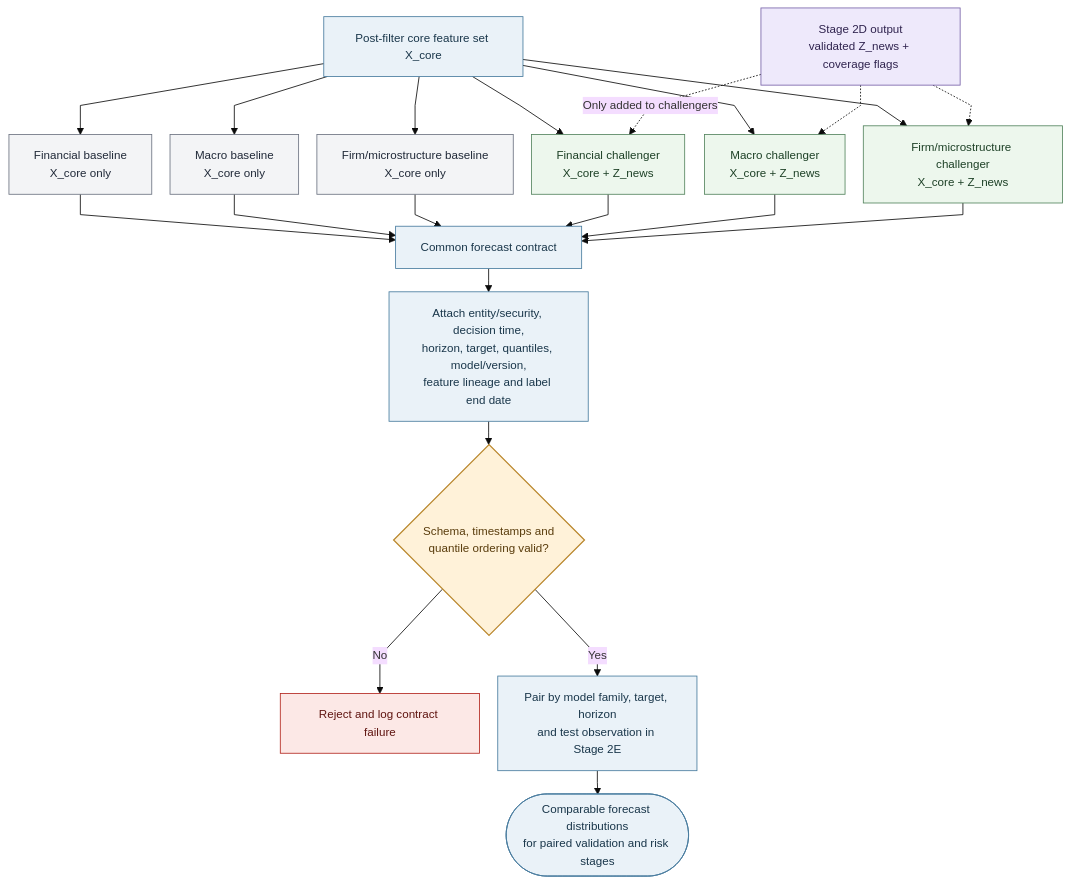
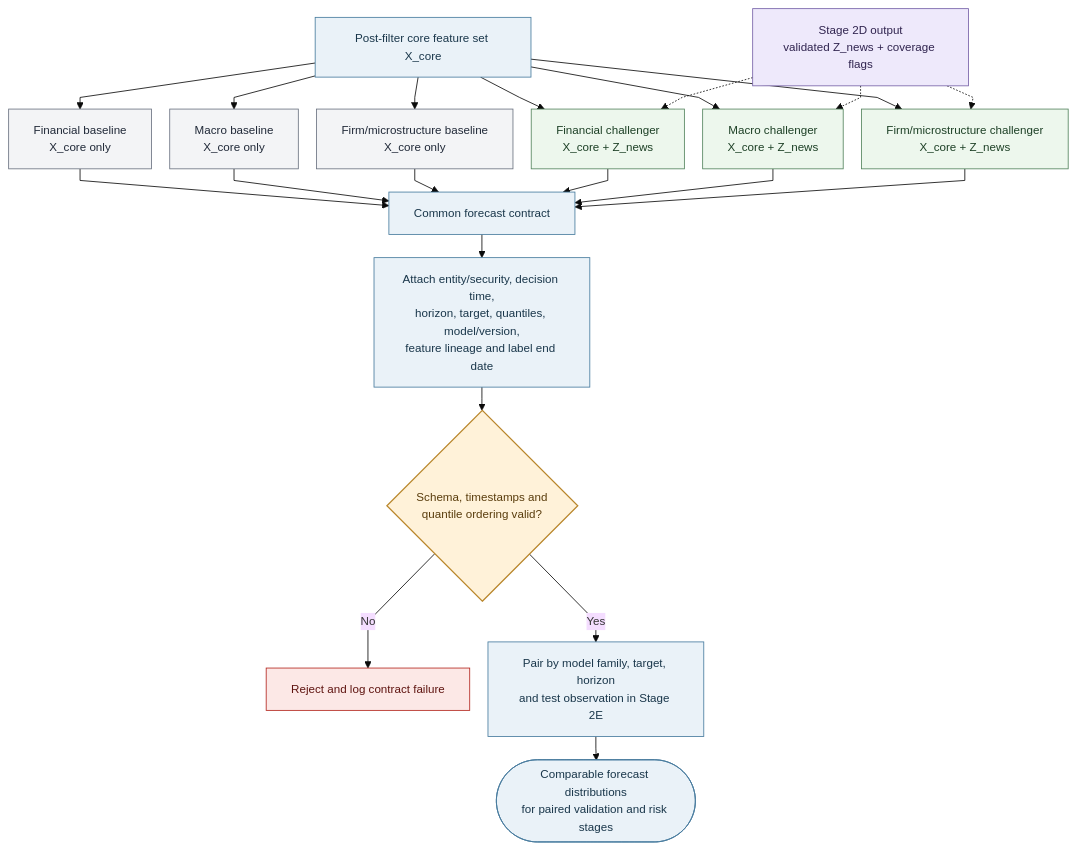
The sixth of 15 diagrams in docs/AQP OVERVIEW.md (dannysilverio6-creator/AQP---LSEG), drawn with Mermaid before and after one commit. The commit also changed other lines of this file, not shown here.

````diff
--- a/docs/AQP OVERVIEW.md
+++ b/docs/AQP OVERVIEW.md
@@ -536,36 +537,36 @@
 ```mermaid
-%%{init: {"theme": "base", "flowchart": {"nodeSpacing": 22, "rankSpacing": 28, "wrappingWidth": 180, "diagramPadding": 18, "curve": "linear"}, "themeVariables": {"fontSize": "14px"}}}%%
+%%{init: {"theme": "base", "flowchart": {"nodeSpacing": 22, "rankSpacing": 28, "curve": "linear"}, "themeVariables": {"fontSize": "14px"}}}%%
 flowchart TB
     CORE["Post-filter core feature set X_core"] --> F0["Financial baseline<br/>X_core only"]
     CORE --> M0["Macro baseline<br/>X_core only"]
     CORE --> U0["Firm/microstructure baseline<br/>X_core only"]
     CORE --> F1["Financial challenger<br/>X_core + Z_news"]
     CORE --> M1["Macro challenger<br/>X_core + Z_news"]
     CORE --> U1["Firm/microstructure challenger<br/>X_core + Z_news"]
-    NEWS["Stage 2D output<br/>validated Z_news + coverage flags"] -. "Only added to challengers" .-> F1
+    NEWS["Stage 2D output<br/>validated Z_news + coverage flags"] -.-> F1
     NEWS -.-> M1
     NEWS -.-> U1
     F0 --> CONTRACT["Common forecast contract"]
     M0 --> CONTRACT
     U0 --> CONTRACT
     F1 --> CONTRACT
     M1 --> CONTRACT
     U1 --> CONTRACT
     CONTRACT --> META["Attach entity/security, decision time,<br/>horizon, target, quantiles, model/version,<br/>feature lineage and label end date"]
     META --> CHECK{Schema, timestamps and<br/>quantile ordering valid?}
     CHECK -->|No| REJECT["Reject and log contract failure"]
     CHECK -->|Yes| PAIR["Pair by model family, target, horizon<br/>and test observation in Stage 2E"]
     PAIR --> OUT([Comparable forecast distributions<br/>for paired validation and risk stages])
     classDef baseline fill:#f3f4f6,stroke:#6b7280,color:#202938;
     classDef challenger fill:#edf7ed,stroke:#54845e,color:#1d4026;
     classDef process fill:#eaf2f8,stroke:#477b9e,color:#19364a;
     classDef news fill:#eee9fb,stroke:#7762a8,color:#30244f;
     classDef gate fill:#fff2d9,stroke:#b9862b,color:#593c0c,stroke-width:1.5px;
     classDef stop fill:#fce8e6,stroke:#b3261e,color:#5f1410;
     class F0,M0,U0 baseline;
     class F1,M1,U1 challenger;
     class CORE,CONTRACT,META,PAIR,OUT process;
     class NEWS news;
     class CHECK gate;
     class REJECT stop;
 ```
````
